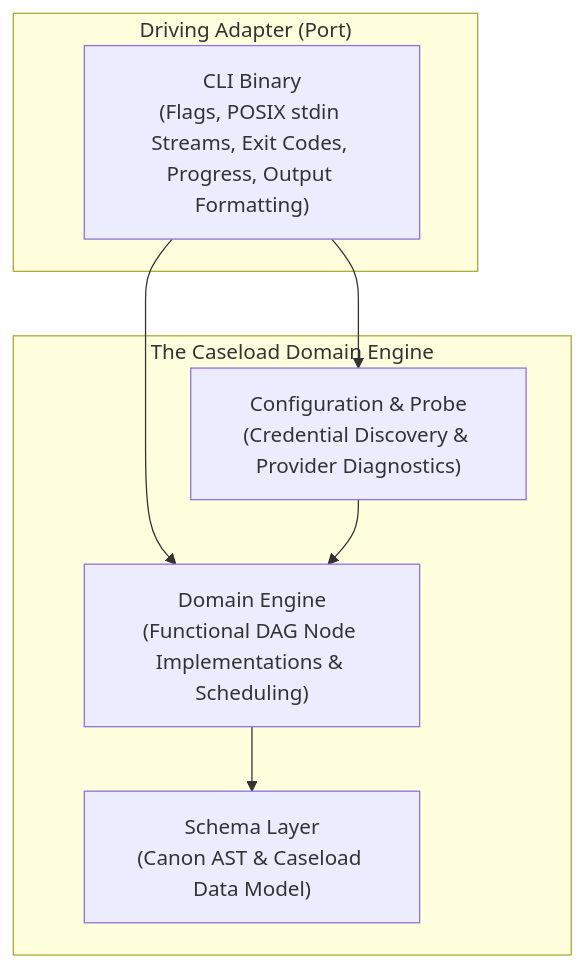
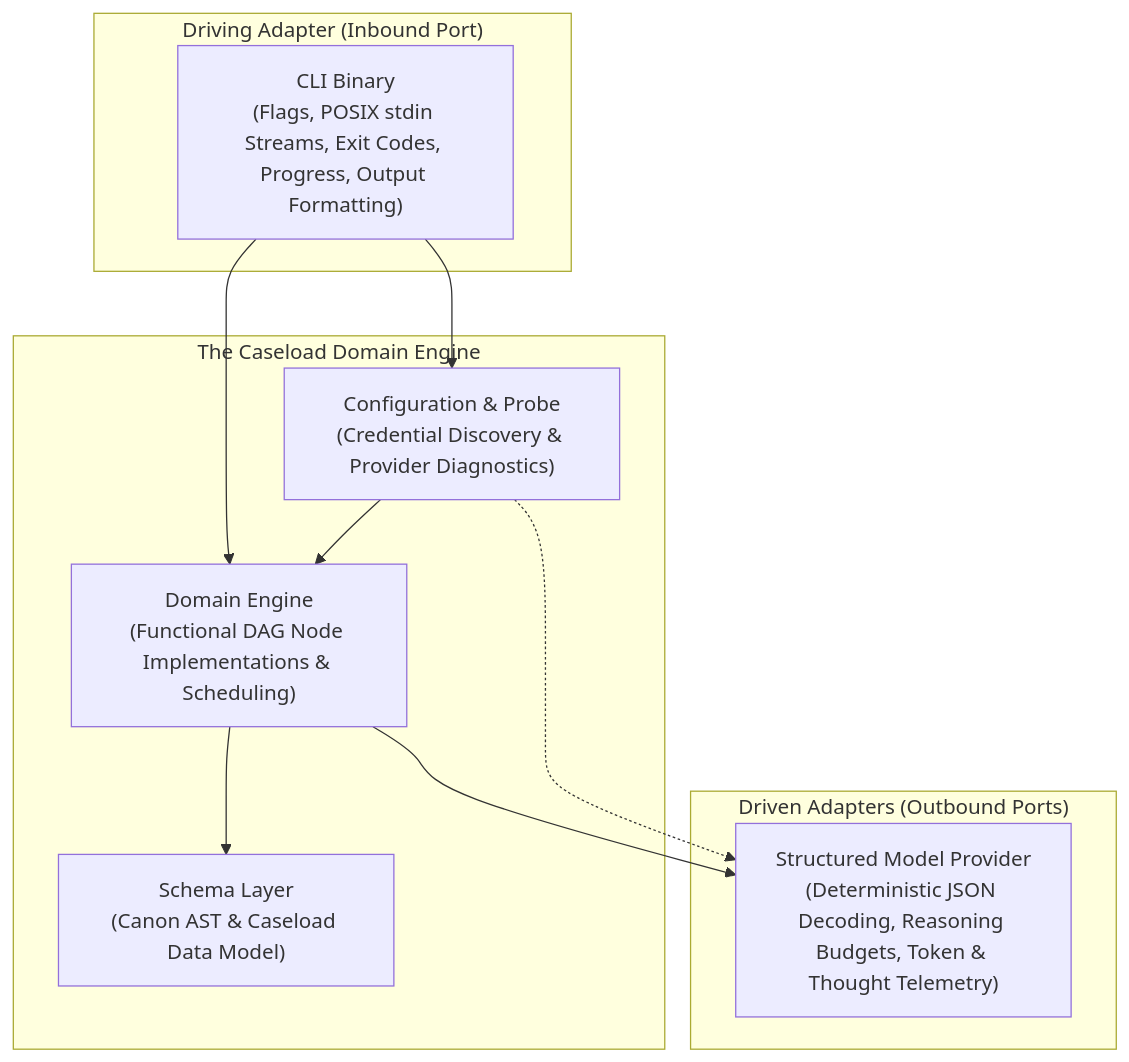
Before and after one commit to PAIR-code/canon-clerk: the second of 3 diagrams in docs/architecture/overview.md, drawn with Mermaid. The commit also changed other lines of this file and 5 other files, not shown here.

First line of the commit message:
feat(core): implement hexagonal structured-output model provider and Gemini adapter (#249) (#252)

````diff
--- a/docs/architecture/overview.md
+++ b/docs/architecture/overview.md
@@ -90,18 +90,24 @@
 ```mermaid
 flowchart TD
-    subgraph DrivingAdapter ["Driving Adapter (Port)"]
+    subgraph DrivingAdapter ["Driving Adapter (Inbound Port)"]
         CLI["CLI Binary<br/>(Flags, POSIX stdin Streams, Exit Codes, Progress, Output Formatting)"]
     end
 
     subgraph CoreEngine ["The Caseload Domain Engine"]
         Core["Domain Engine<br/>(Functional DAG Node Implementations & Scheduling)"]
         Config["Configuration & Probe<br/>(Credential Discovery & Provider Diagnostics)"]
         Schema["Schema Layer<br/>(Canon AST & Caseload Data Model)"]
     end
 
+    subgraph DrivenAdapters ["Driven Adapters (Outbound Ports)"]
+        Provider["Structured Model Provider<br/>(Deterministic JSON Decoding, Reasoning Budgets, Token & Thought Telemetry)"]
+    end
+
     CLI --> Core
     CLI --> Config
 
     Config --> Core
     Core --> Schema
+    Core --> Provider
+    Config -.-> Provider
 ```
````
